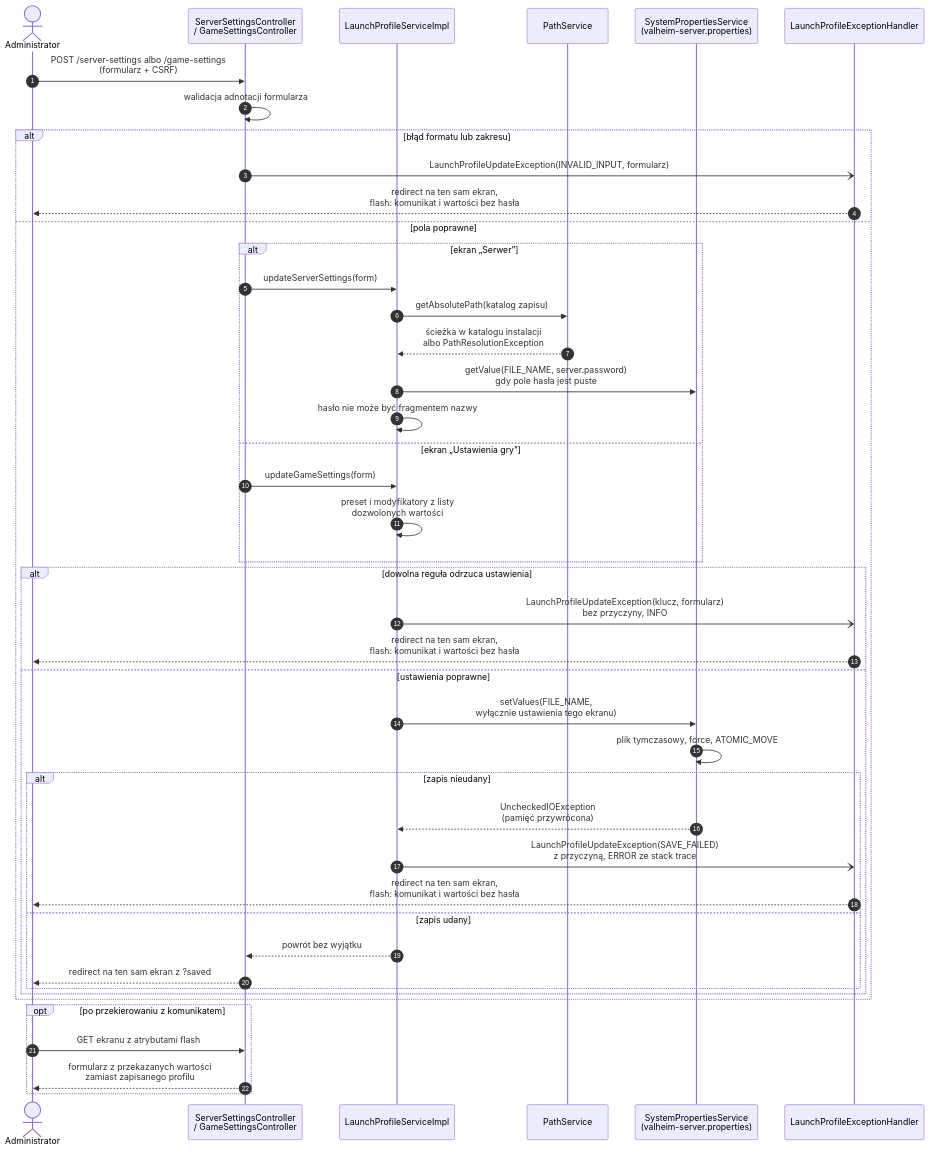
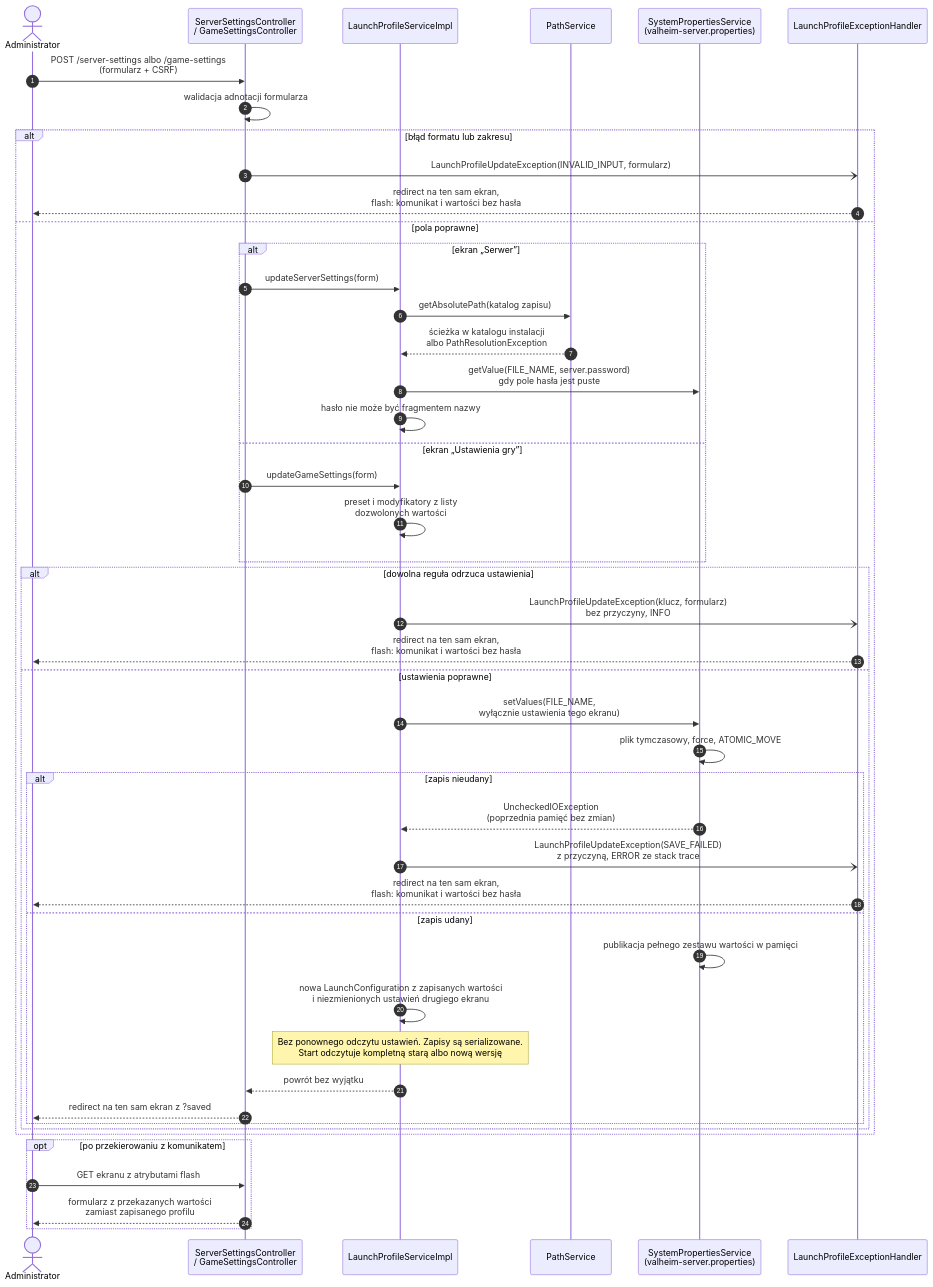
Before and after one commit to Pplociennik/vDeck: the diagram in dokumentacja/diagramy/launch/przeplyw-zapis-profilu.mmd, drawn with Mermaid. The commit also changed 85 other files, not shown here.

```diff
--- a/dokumentacja/diagramy/launch/przeplyw-zapis-profilu.mmd
+++ b/dokumentacja/diagramy/launch/przeplyw-zapis-profilu.mmd
@@ -1,46 +1,49 @@
 %% Diagram sekwencji: zapis profilu uruchomieniowego z ekranów „Serwer” i „Ustawienia gry”
 sequenceDiagram
     autonumber
     actor A as Administrator
     participant C as ServerSettingsController<br/>/ GameSettingsController
     participant S as LaunchProfileServiceImpl
     participant P as PathService
     participant F as SystemPropertiesService<br/>(valheim-server.properties)
     participant H as LaunchProfileExceptionHandler
 
     A->>C: POST /server-settings albo /game-settings<br/>(formularz + CSRF)
     C->>C: walidacja adnotacji formularza
     alt błąd formatu lub zakresu
         C-)H: LaunchProfileUpdateException(INVALID_INPUT, formularz)
         H-->>A: redirect na ten sam ekran,<br/>flash: komunikat i wartości bez hasła
     else pola poprawne
         alt ekran „Serwer”
             C->>S: updateServerSettings(form)
             S->>P: getAbsolutePath(katalog zapisu)
             P-->>S: ścieżka w katalogu instalacji<br/>albo PathResolutionException
             S->>F: getValue(FILE_NAME, server.password)<br/>gdy pole hasła jest puste
             S->>S: hasło nie może być fragmentem nazwy
         else ekran „Ustawienia gry”
             C->>S: updateGameSettings(form)
             S->>S: preset i modyfikatory z listy<br/>dozwolonych wartości
         end
         alt dowolna reguła odrzuca ustawienia
             S-)H: LaunchProfileUpdateException(klucz, formularz)<br/>bez przyczyny, INFO
             H-->>A: redirect na ten sam ekran,<br/>flash: komunikat i wartości bez hasła
         else ustawienia poprawne
             S->>F: setValues(FILE_NAME,<br/>wyłącznie ustawienia tego ekranu)
             F->>F: plik tymczasowy, force, ATOMIC_MOVE
             alt zapis nieudany
-                F-->>S: UncheckedIOException<br/>(pamięć przywrócona)
+                F-->>S: UncheckedIOException<br/>(poprzednia pamięć bez zmian)
                 S-)H: LaunchProfileUpdateException(SAVE_FAILED)<br/>z przyczyną, ERROR ze stack trace
                 H-->>A: redirect na ten sam ekran,<br/>flash: komunikat i wartości bez hasła
             else zapis udany
+                F->>F: publikacja pełnego zestawu wartości w pamięci
+                S->>S: nowa LaunchConfiguration z zapisanych wartości<br/>i niezmienionych ustawień drugiego ekranu
+                Note over S: Bez ponownego odczytu ustawień. Zapisy są serializowane.<br/>Start odczytuje kompletną starą albo nową wersję
                 S-->>C: powrót bez wyjątku
                 C-->>A: redirect na ten sam ekran z ?saved
             end
         end
     end
     opt po przekierowaniu z komunikatem
         A->>C: GET ekranu z atrybutami flash
         C-->>A: formularz z przekazanych wartości<br/>zamiast zapisanego profilu
     end
```
